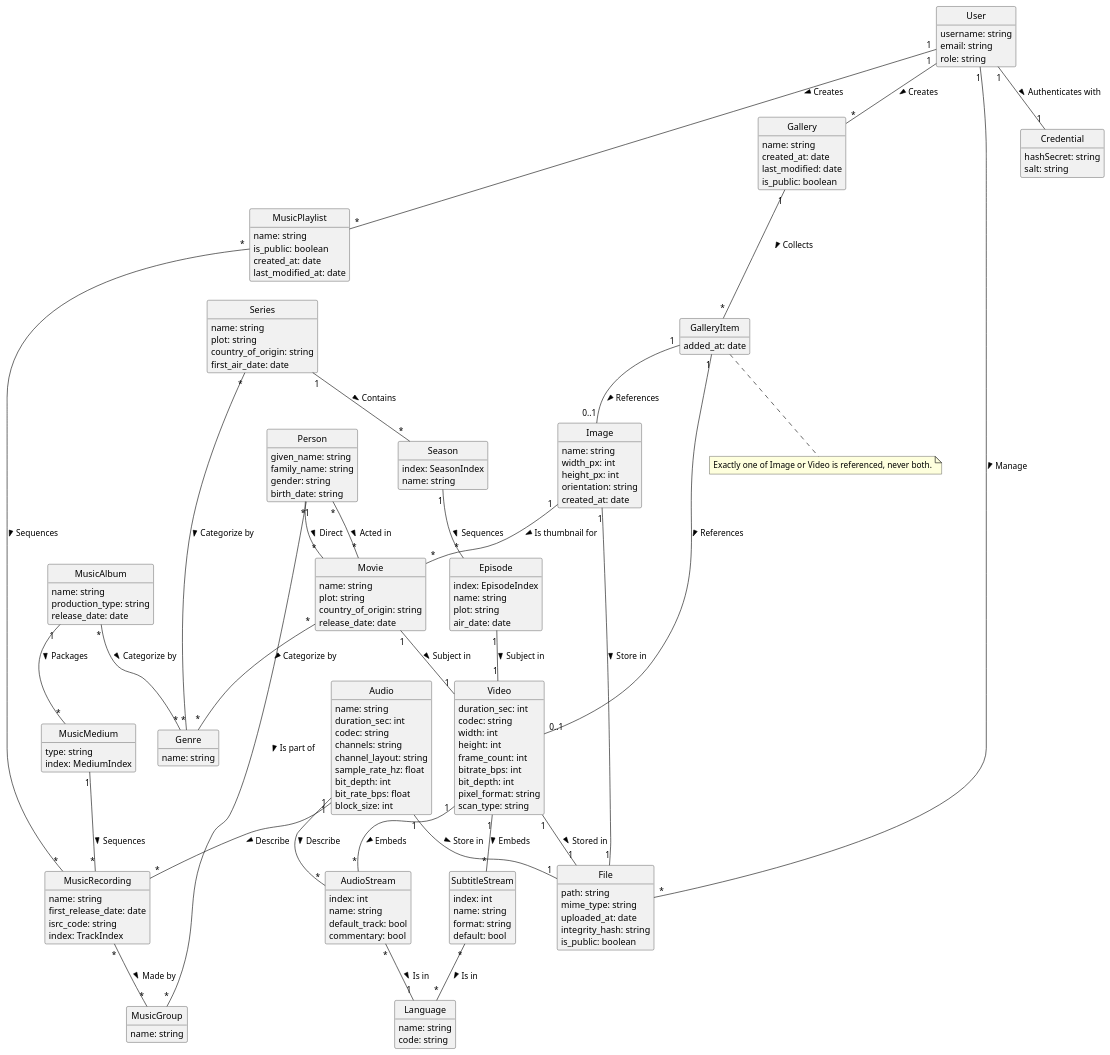
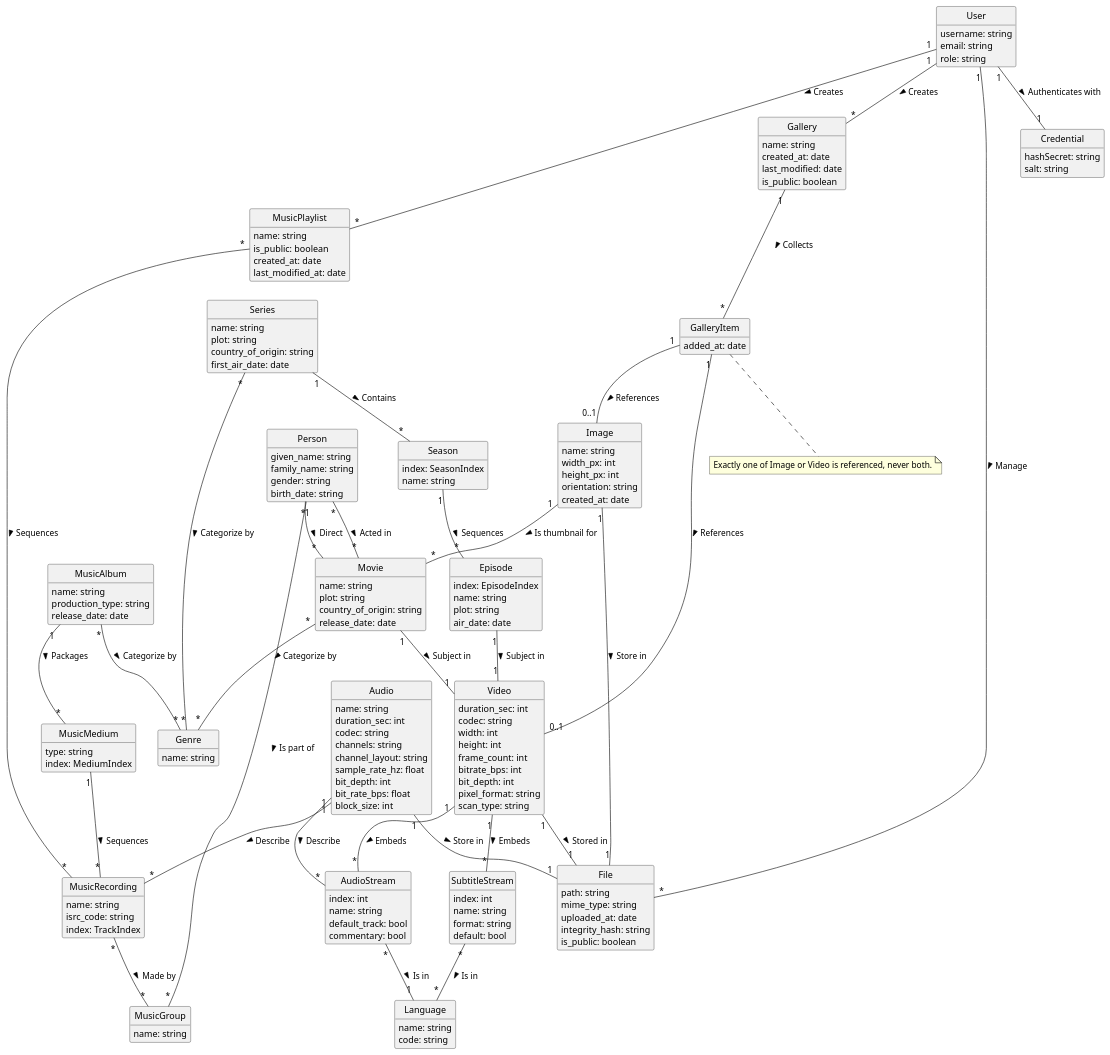
Before and after one commit to Mnemorium/mnemorium: the first of 2 diagrams in docs/development/Overview.md, drawn with PlantUML. The commit also changed 54 other files, not shown here.

Commit message:
feat(persistence): extend the music catalogue schema (#380)

```diff
--- a/docs/development/Overview.md
+++ b/docs/development/Overview.md
@@ -190,7 +190,6 @@
 
 class MusicRecording {
   name: string
-  first_release_date: date
   isrc_code: string
   index: TrackIndex
 }
```
